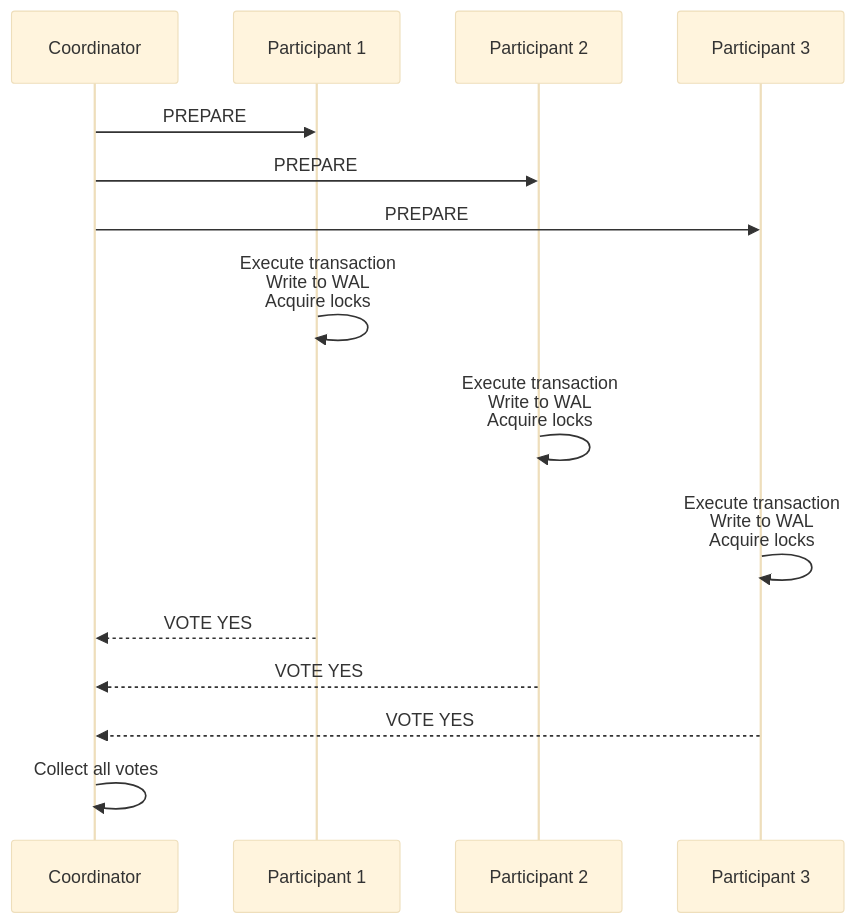
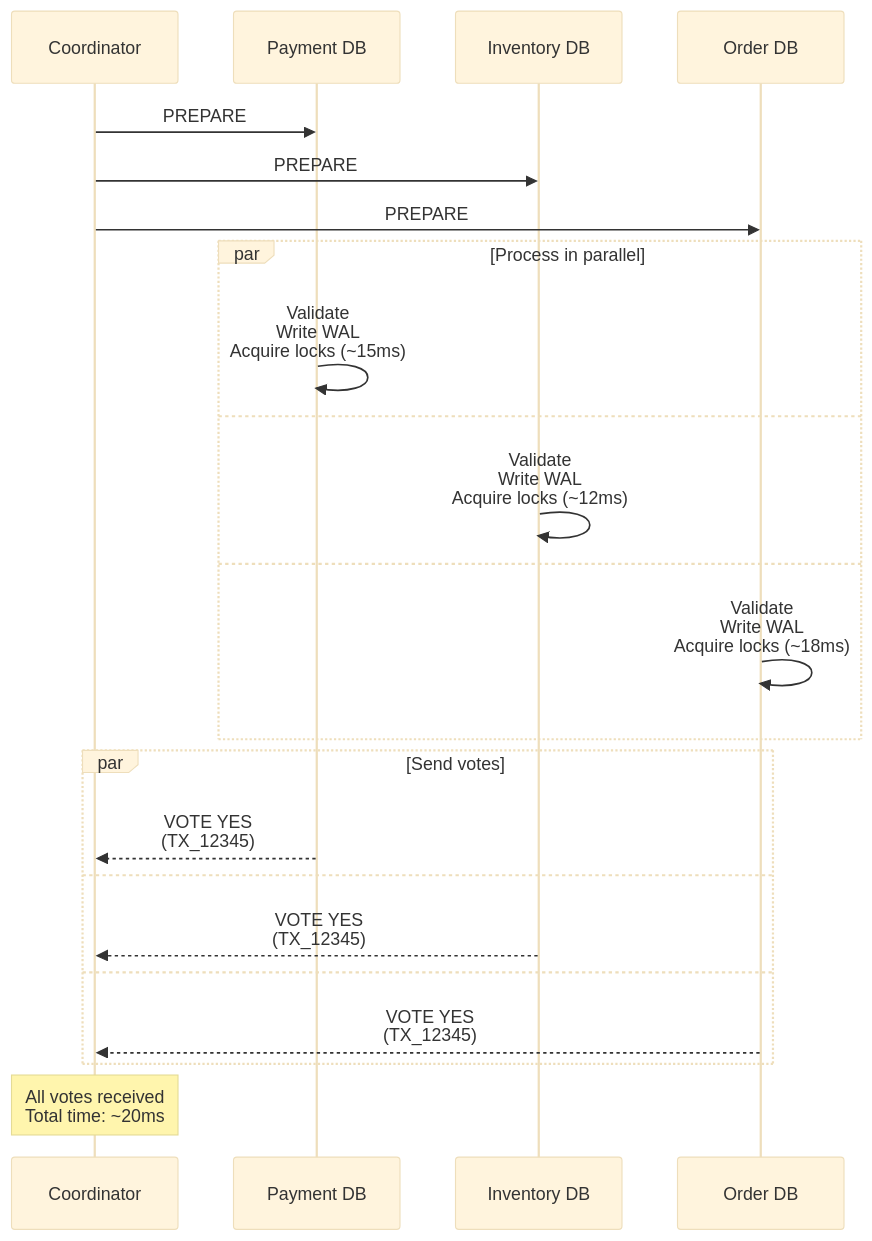
One commit to basit-budroo/swe-deepdives changed the fourth of 21 diagrams in deepdives/system-design/two-phase-commit/README.md. Above: the diagram before and after it, drawn with Mermaid (base theme). The commit also changed other lines of this file, not shown here.

First line of the commit message:
Fix 2PC WAL/fsync sequence and mermaid parse errors

````diff
--- a/deepdives/system-design/two-phase-commit/README.md
+++ b/deepdives/system-design/two-phase-commit/README.md
@@ -232,21 +446,29 @@
 ```mermaid
 sequenceDiagram
     participant C as Coordinator
-    participant P1 as Participant 1
-    participant P2 as Participant 2
-    participant P3 as Participant 3
+    participant P1 as Payment DB
+    participant P2 as Inventory DB
+    participant P3 as Order DB
     
     C->>P1: PREPARE
     C->>P2: PREPARE
     C->>P3: PREPARE
     
-    P1->>P1: Execute transaction<br/>Write to WAL<br/>Acquire locks
-    P2->>P2: Execute transaction<br/>Write to WAL<br/>Acquire locks
-    P3->>P3: Execute transaction<br/>Write to WAL<br/>Acquire locks
+    par Process in parallel
+        P1->>P1: Validate<br/>Write WAL<br/>Acquire locks (~15ms)
+    and
+        P2->>P2: Validate<br/>Write WAL<br/>Acquire locks (~12ms)
+    and
+        P3->>P3: Validate<br/>Write WAL<br/>Acquire locks (~18ms)
+    end
     
-    P1-->>C: VOTE YES
-    P2-->>C: VOTE YES
-    P3-->>C: VOTE YES
+    par Send votes
+        P1-->>C: VOTE YES<br/>(TX_12345)
+    and
+        P2-->>C: VOTE YES<br/>(TX_12345)
+    and
+        P3-->>C: VOTE YES<br/>(TX_12345)
+    end
     
-    C->>C: Collect all votes
+    Note over C: All votes received<br/>Total time: ~20ms
 ```
````
